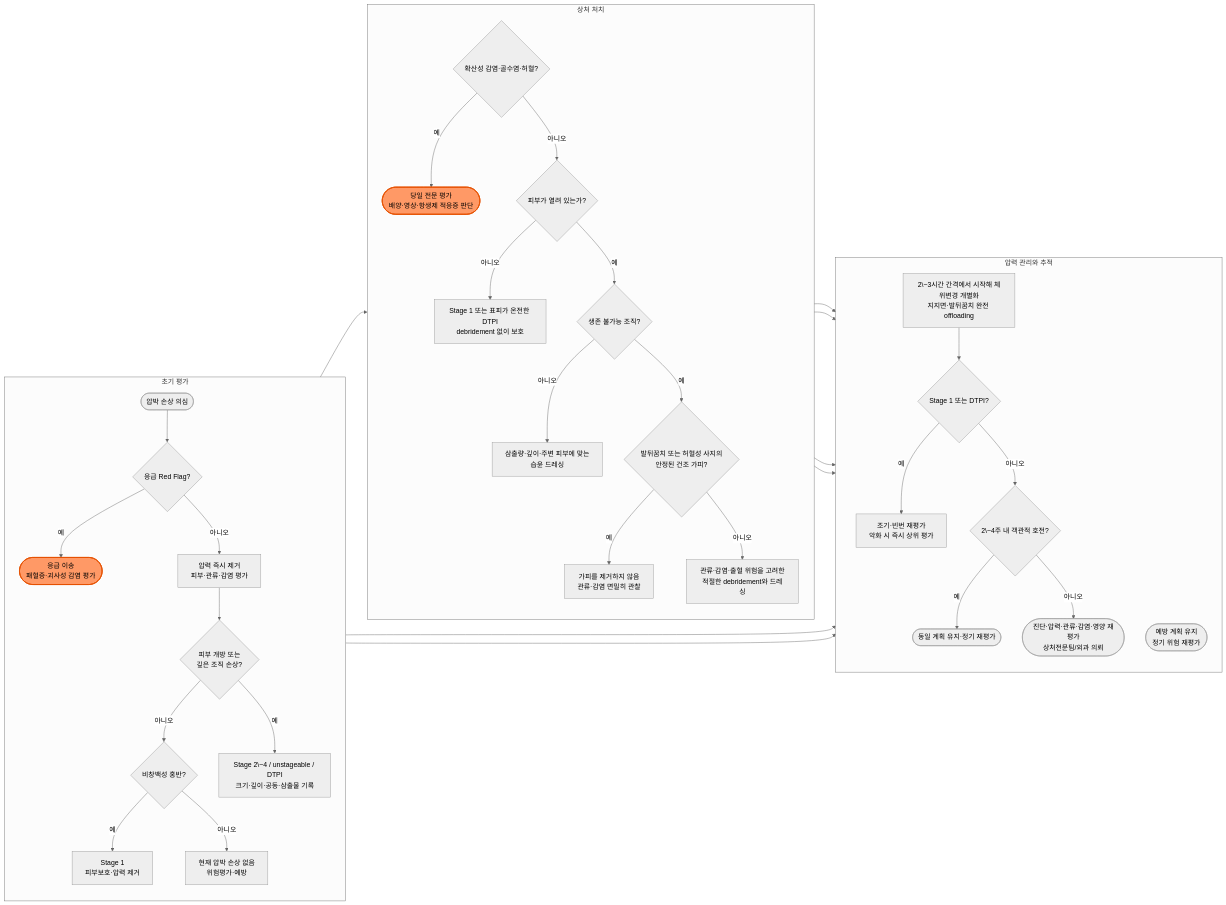
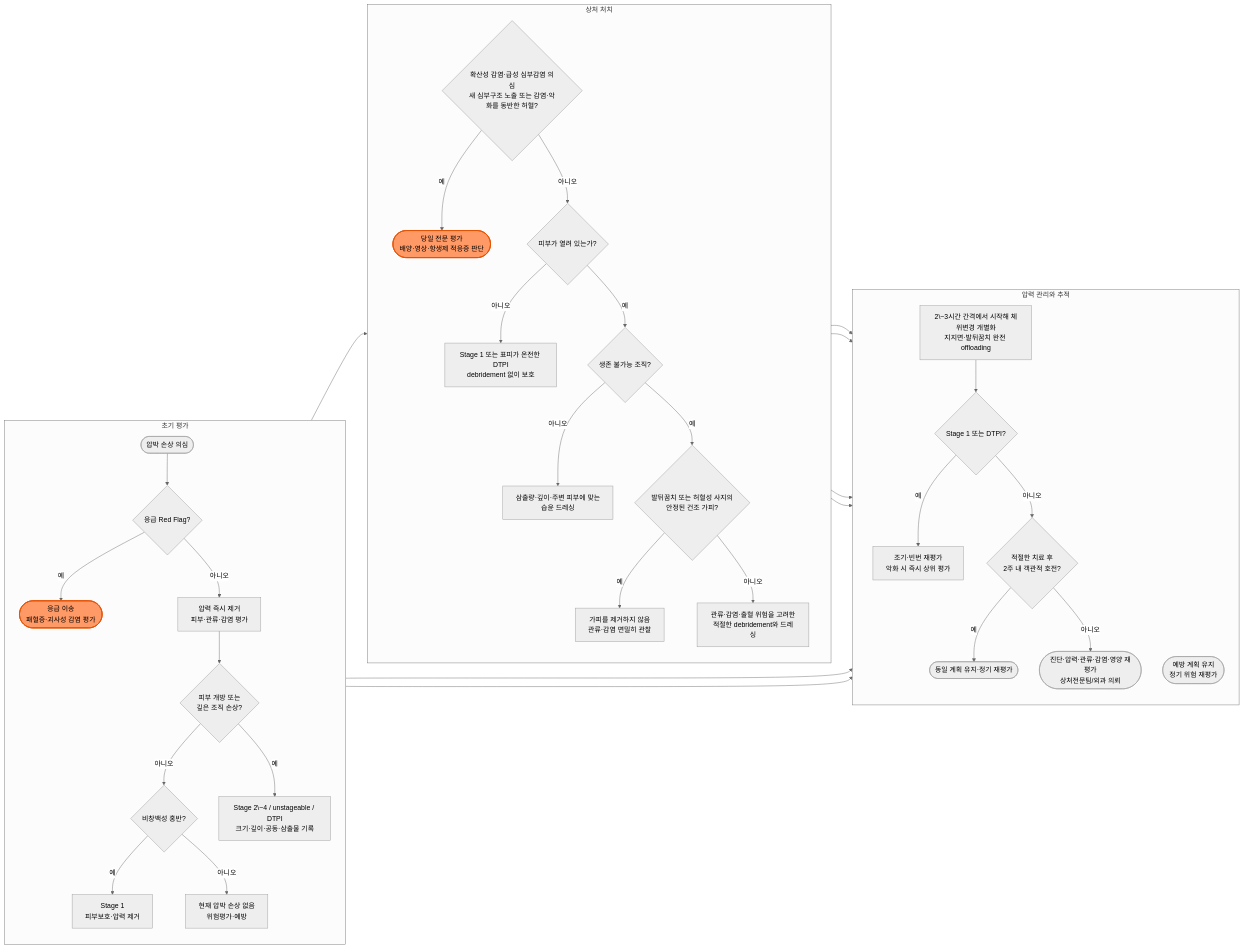
The diagram in 230_/203_-pressure-injury.md (familyoh77/familyoh77), drawn with Mermaid (neutral theme) before and after one commit. The commit also changed other lines of this file and 11 other files, not shown here.

````diff
--- a/230_/203_-pressure-injury.md
+++ b/230_/203_-pressure-injury.md
@@ -159,45 +160,45 @@
 ```mermaid
 flowchart LR
     subgraph A[초기 평가]
         direction TB
         A1([압박 손상 의심]) --> A2{응급 Red Flag?}
         A2 -- 예 --> A3([응급 이송<br/>패혈증·괴사성 감염 평가])
         A2 -- 아니오 --> A4[압력 즉시 제거<br/>피부·관류·감염 평가]
         A4 --> A5{피부 개방 또는<br/>깊은 조직 손상?}
         A5 -- 아니오 --> A6{비창백성 홍반?}
         A6 -- 예 --> A7[Stage 1<br/>피부보호·압력 제거]
         A6 -- 아니오 --> A8[현재 압박 손상 없음<br/>위험평가·예방]
         A5 -- 예 --> A9[Stage 2\~4 / unstageable / DTPI<br/>크기·깊이·공동·삼출물 기록]
     end
     subgraph B[상처 처치]
         direction TB
-        B1{확산성 감염·골수염·허혈?}
+        B1{확산성 감염·급성 심부감염 의심<br/>새 심부구조 노출 또는 감염·악화를 동반한 허혈?}
         B1 -- 예 --> B2([당일 전문 평가<br/>배양·영상·항생제 적응증 판단])
         B1 -- 아니오 --> B3{피부가 열려 있는가?}
         B3 -- 아니오 --> B4[Stage 1 또는 표피가 온전한 DTPI<br/>debridement 없이 보호]
         B3 -- 예 --> B5{생존 불가능 조직?}
         B5 -- 아니오 --> B6[삼출량·깊이·주변 피부에 맞는<br/>습윤 드레싱]
         B5 -- 예 --> B7{발뒤꿈치 또는 허혈성 사지의<br/>안정된 건조 가피?}
         B7 -- 예 --> B8[가피를 제거하지 않음<br/>관류·감염 면밀히 관찰]
         B7 -- 아니오 --> B9[관류·감염·출혈 위험을 고려한<br/>적절한 debridement와 드레싱]
     end
     subgraph C[압력 관리와 추적]
         direction TB
         C1[2\~3시간 간격에서 시작해 체위변경 개별화<br/>지지면·발뒤꿈치 완전 offloading]
         C1 --> C2{Stage 1 또는 DTPI?}
         C2 -- 예 --> C3[조기·빈번 재평가<br/>악화 시 즉시 상위 평가]
-        C2 -- 아니오 --> C4{2\~4주 내 객관적 호전?}
+        C2 -- 아니오 --> C4{적절한 치료 후<br/>2주 내 객관적 호전?}
         C4 -- 예 --> C5([동일 계획 유지·정기 재평가])
         C4 -- 아니오 --> C6([진단·압력·관류·감염·영양 재평가<br/>상처전문팀/외과 의뢰])
         C7([예방 계획 유지<br/>정기 위험 재평가])
     end
     A7 --> C1
     A8 --> C7
     A9 --> B1
     B4 --> C1
     B6 --> C1
     B8 --> C1
     B9 --> C1
     style A3 fill:#f96,stroke:#e65100,stroke-width:2px
     style B2 fill:#f96,stroke:#e65100,stroke-width:2px
 ```
````
